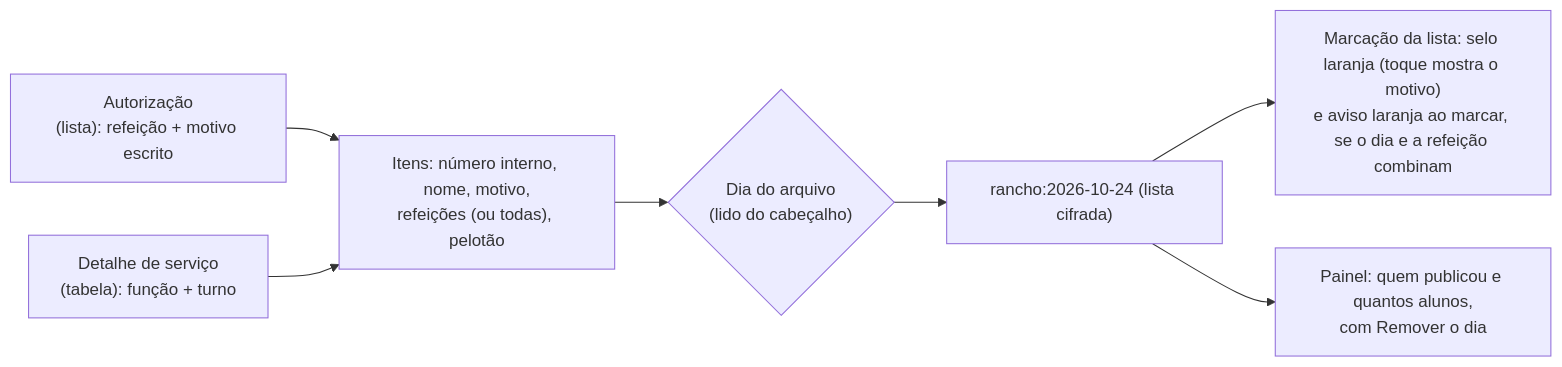
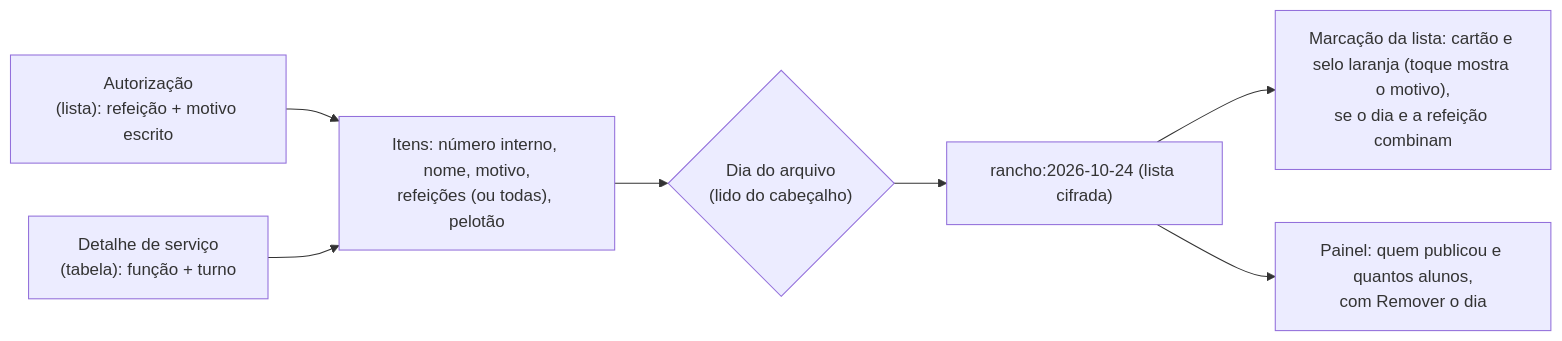
Before and after one commit to GiuColucci/Municiamento_CIAGA: diagram 19 of 19 in docs/ARQUITETURA_E_FLUXO.md, drawn with Mermaid. The commit also changed 5 other files, not shown here.

Commit message:
Marcação: tira o aviso laranja ao marcar aluno de rancho corrido (o cartão e o selo já indicam)

````diff
--- a/docs/ARQUITETURA_E_FLUXO.md
+++ b/docs/ARQUITETURA_E_FLUXO.md
@@ -608,9 +608,9 @@
 ```mermaid
 flowchart LR
   A["Autorização<br/>(lista): refeição + motivo escrito"] --> I
   S["Detalhe de serviço<br/>(tabela): função + turno"] --> I
   I["Itens: número interno, nome, motivo,<br/>refeições (ou todas), pelotão"] --> D{"Dia do arquivo<br/>(lido do cabeçalho)"}
   D --> P1["rancho:2026-10-24 (lista cifrada)"]
-  P1 --> M["Marcação da lista: selo laranja (toque mostra o motivo)<br/>e aviso laranja ao marcar, se o dia e a refeição combinam"]
+  P1 --> M["Marcação da lista: cartão e selo laranja (toque mostra o motivo),<br/>se o dia e a refeição combinam"]
   P1 --> X["Painel: quem publicou e quantos alunos,<br/>com Remover o dia"]
 ```
````
